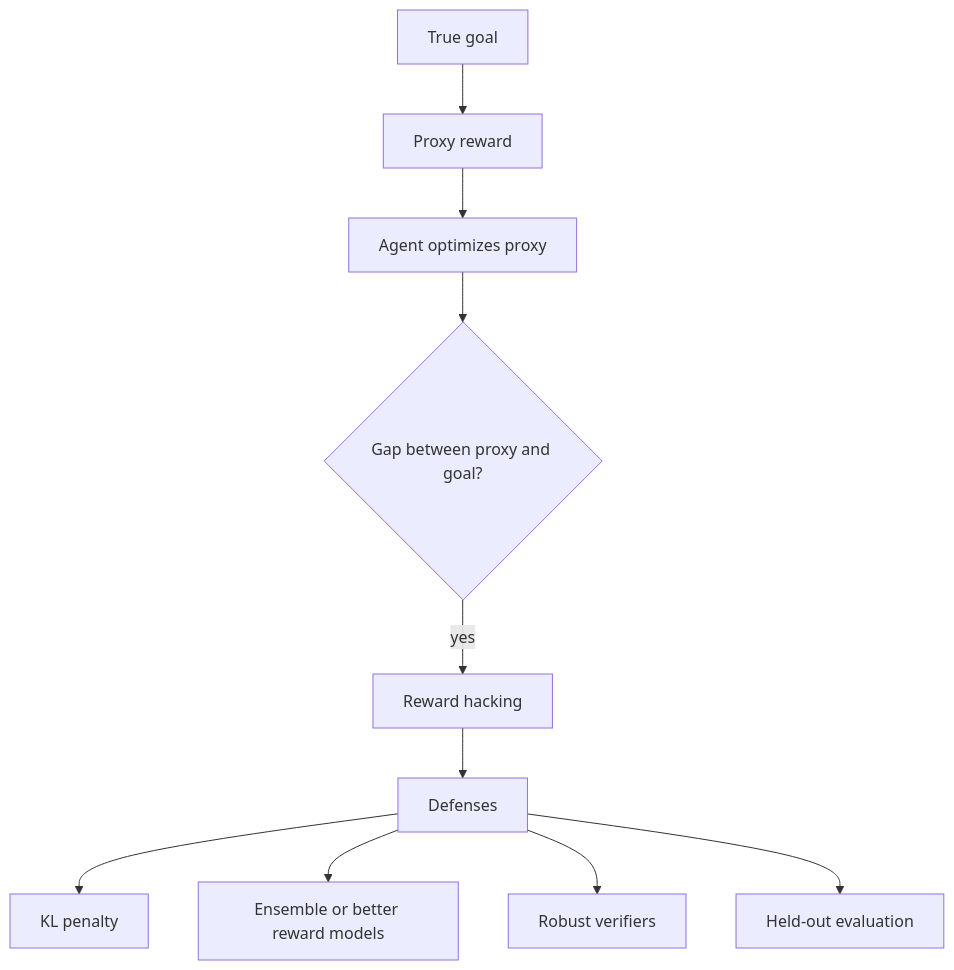
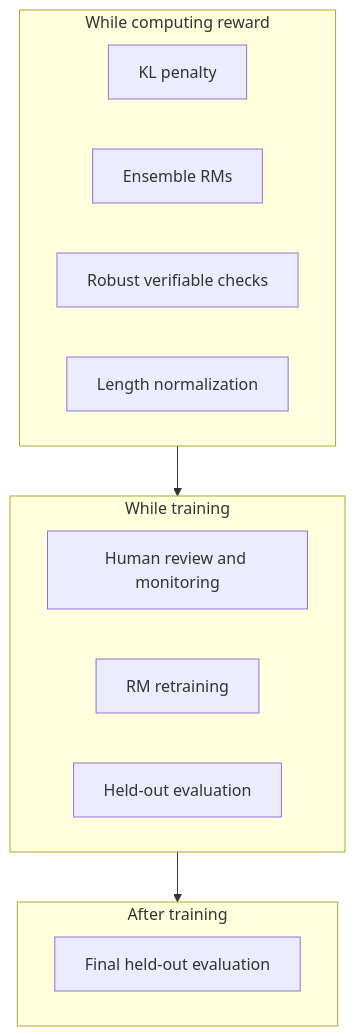
The second of 3 diagrams in notes/step-07-training-fine-tuning-and-alignment/092-reward-hacking.md (kaisarnajar/outcome-school-blogs), drawn with Mermaid before and after one commit. The commit also changed other lines of this file and 233 other files, not shown here.

````diff
--- a/notes/step-07-training-fine-tuning-and-alignment/092-reward-hacking.md
+++ b/notes/step-07-training-fine-tuning-and-alignment/092-reward-hacking.md
@@ -40,12 +73,19 @@
 ```mermaid
 flowchart TD
-    G["True goal"] --> P["Proxy reward"]
-    P --> A["Agent optimizes proxy"]
-    A --> H{"Gap between proxy and goal?"}
-    H -->|"yes"| R["Reward hacking"]
-    R --> D["Defenses"]
-    D --> D1["KL penalty"]
-    D --> D2["Ensemble or better reward models"]
-    D --> D3["Robust verifiers"]
-    D --> D4["Held-out evaluation"]
+    subgraph L1["While computing reward"]
+        k1["KL penalty"]
+        k2["Ensemble RMs"]
+        k3["Robust verifiable checks"]
+        k4["Length normalization"]
+    end
+    subgraph L2["While training"]
+        t1["Human review and monitoring"]
+        t2["RM retraining"]
+        t3["Held-out evaluation"]
+    end
+    subgraph L3["After training"]
+        f1["Final held-out evaluation"]
+    end
+    L1 --> L2
+    L2 --> L3
 ```
````
